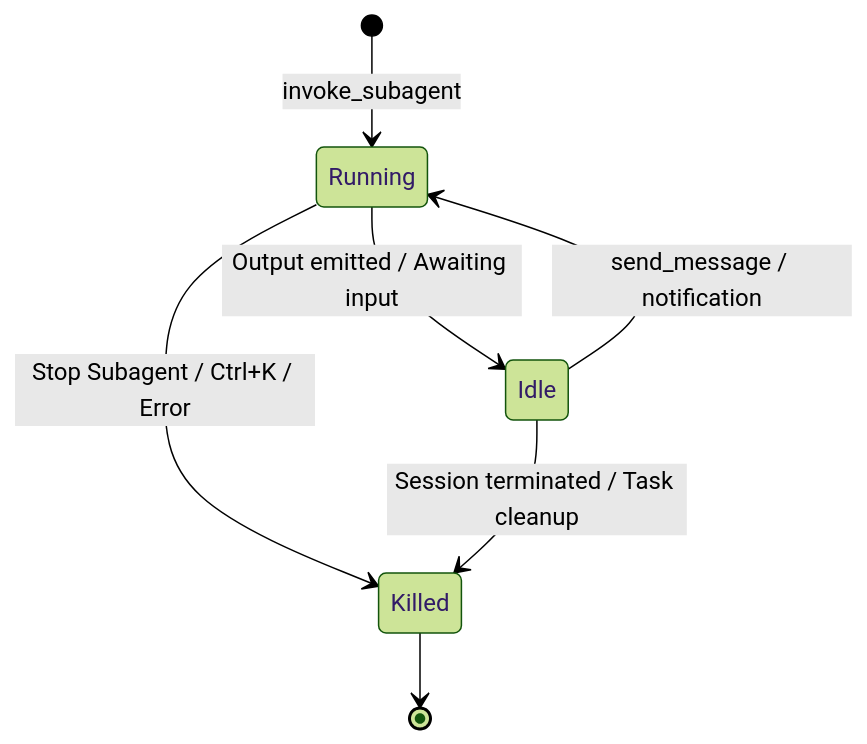
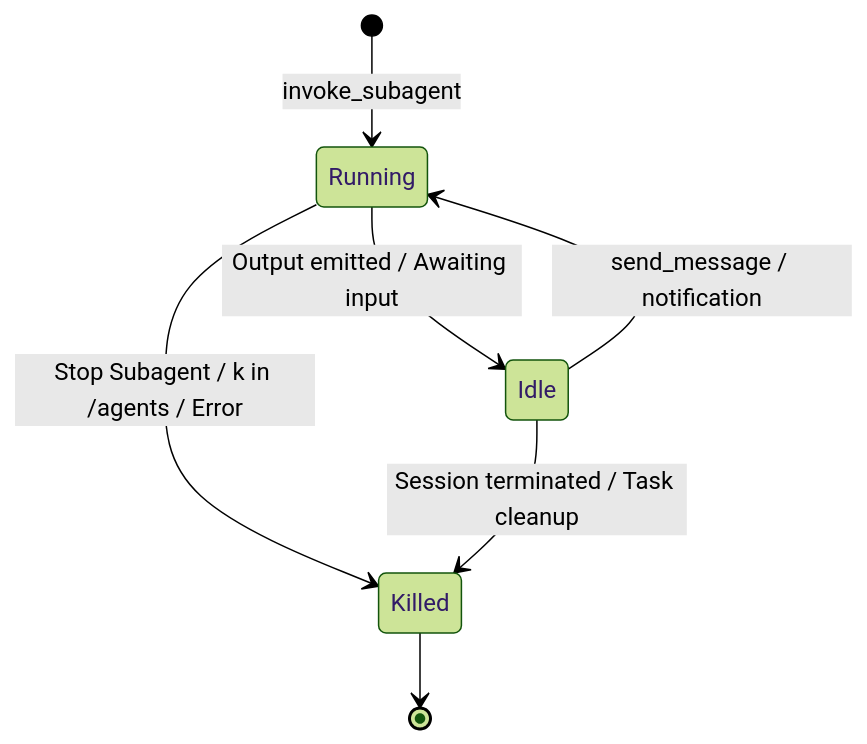
One commit to HengWeiBin/oh-my-antigravity changed the second of 3 diagrams in skills/antigravity-subagents/SKILL.md. Above: the diagram before and after it, drawn with Mermaid (forest theme). The commit also changed other lines of this file, not shown here.

````diff
--- a/skills/antigravity-subagents/SKILL.md
+++ b/skills/antigravity-subagents/SKILL.md
@@ -259,9 +263,9 @@
 ```mermaid
 stateDiagram-v2
     [*] --> Running: invoke_subagent
     Running --> Idle: Output emitted / Awaiting input
     Idle --> Running: send_message / notification
-    Running --> Killed: Stop Subagent / Ctrl+K / Error
+    Running --> Killed: Stop Subagent / k in /agents / Error
     Idle --> Killed: Session terminated / Task cleanup
     Killed --> [*]
 ```
````
